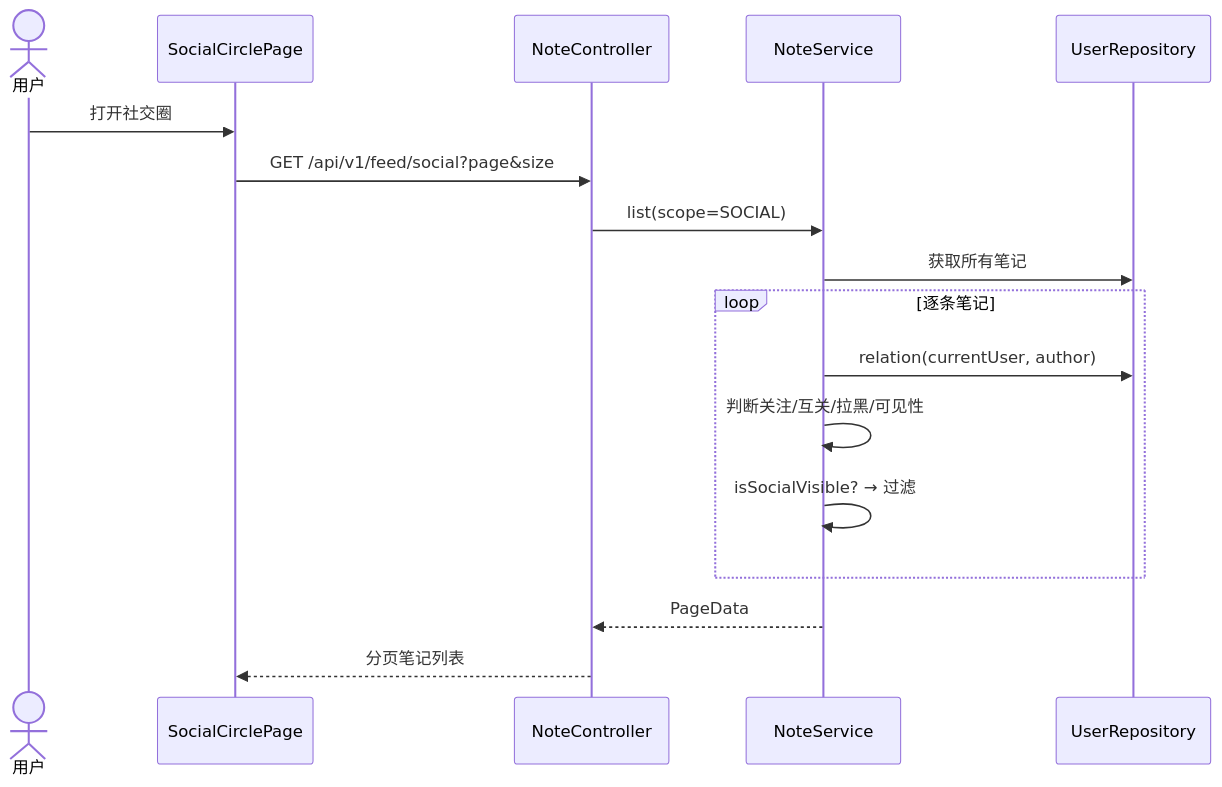
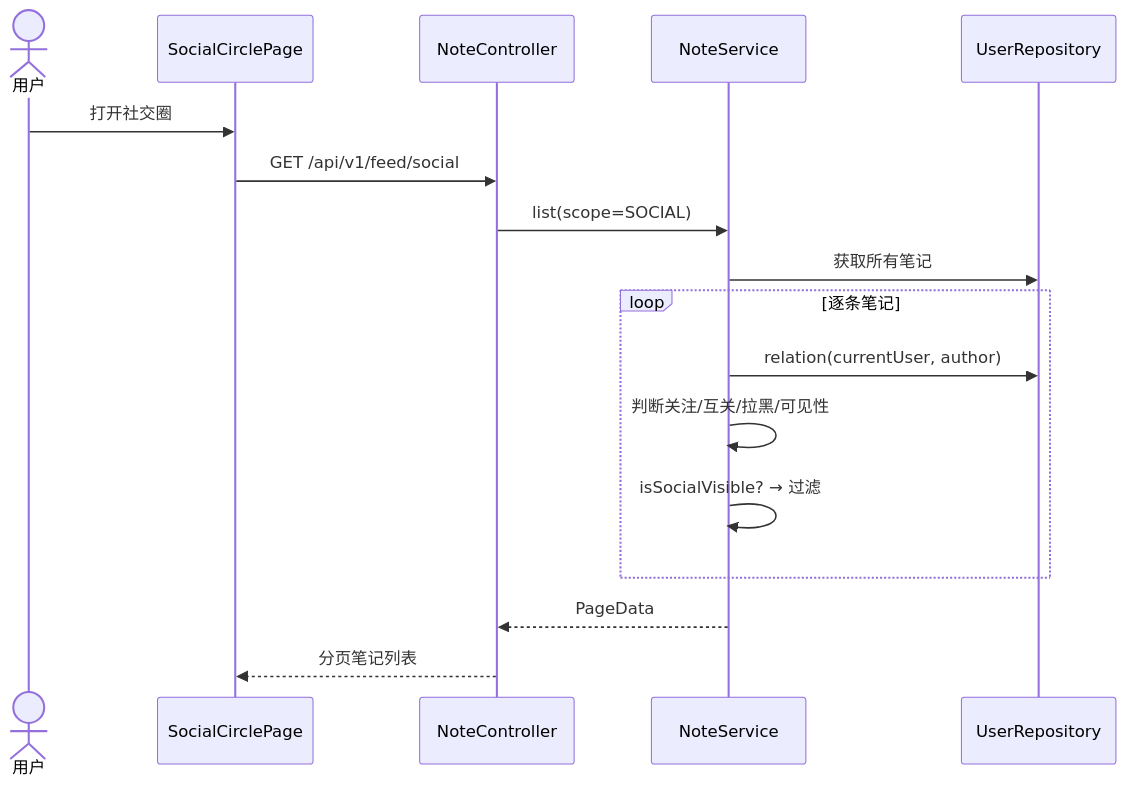
The ninth of 18 diagrams in docs/系统设计说明书.md (oliviawxx/whucircle), drawn with Mermaid before and after one commit. The commit also changed other lines of this file and 13 other files, not shown here.

````diff
--- a/docs/系统设计说明书.md
+++ b/docs/系统设计说明书.md
@@ -181,20 +227,20 @@
 ```mermaid
 sequenceDiagram
     actor U as 用户
     participant FE as SocialCirclePage
     participant API as NoteController
     participant S as NoteService
     participant UR as UserRepository
 
     U->>FE: 打开社交圈
-    FE->>API: GET /api/v1/feed/social?page&size
+    FE->>API: GET /api/v1/feed/social
     API->>S: list(scope=SOCIAL)
     S->>UR: 获取所有笔记
     loop 逐条笔记
         S->>UR: relation(currentUser, author)
         S->>S: 判断关注/互关/拉黑/可见性
         S->>S: isSocialVisible? → 过滤
     end
     S-->>API: PageData
     API-->>FE: 分页笔记列表
 ```
````
